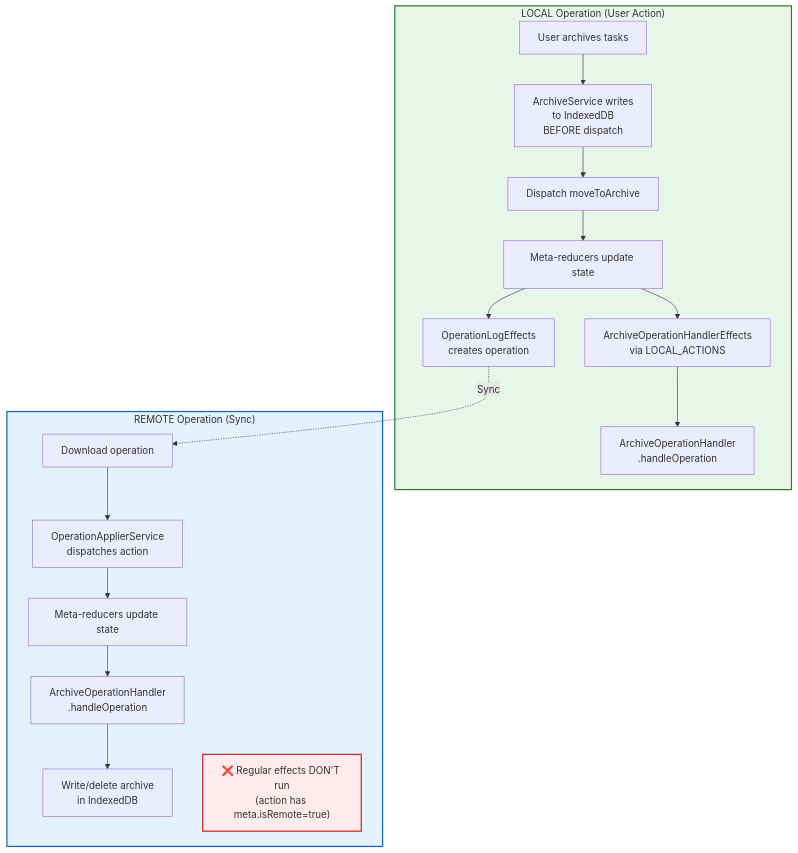
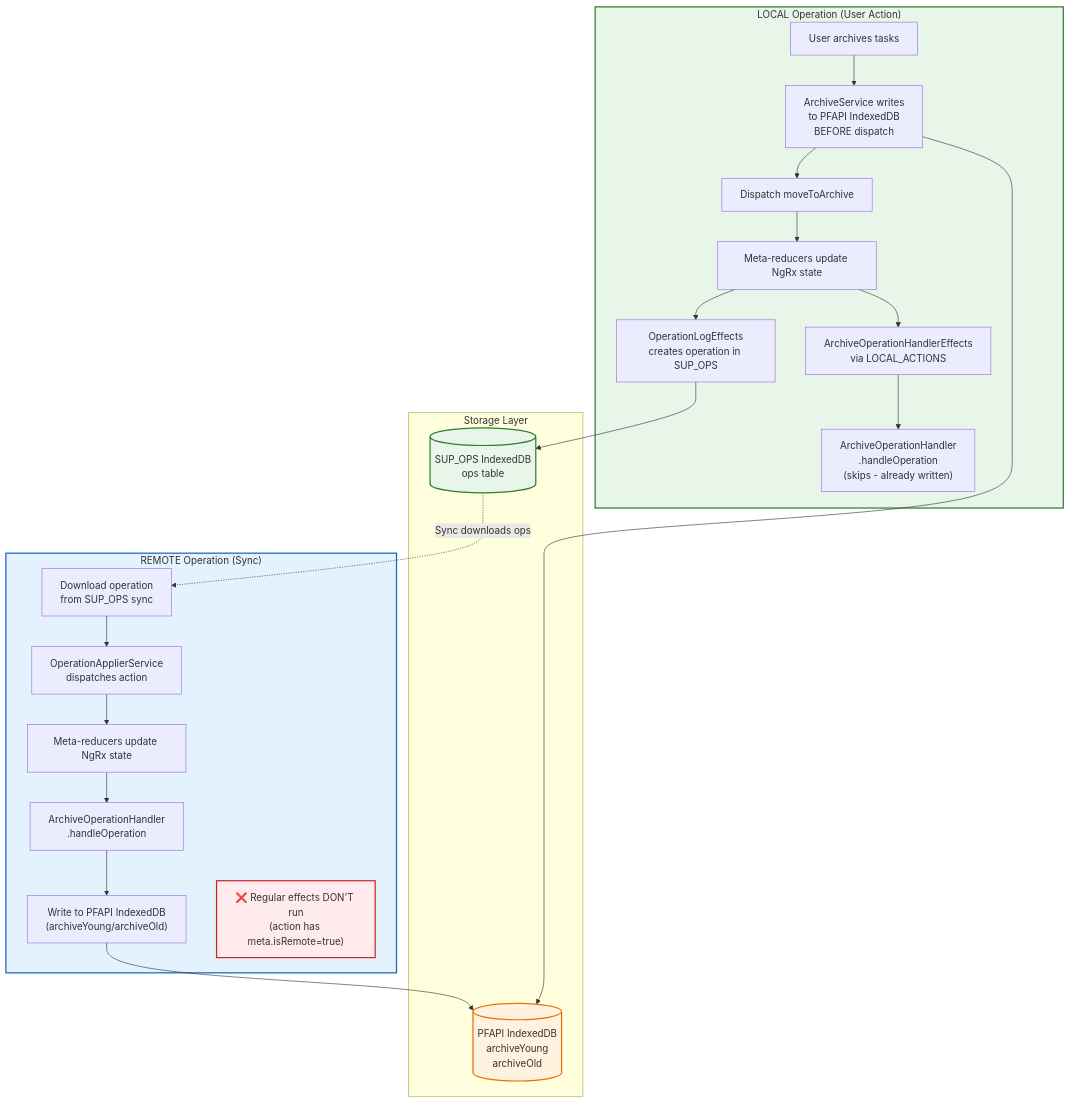
One commit to johannesjo/super-productivity changed diagram 21 of 22 in src/app/core/persistence/operation-log/docs/operation-log-architecture-diagrams.md. Above: the diagram before and after it, drawn with Mermaid. The commit also changed other lines of this file, not shown here.

First line of the commit message:
docs(sync): add dual-database architecture diagram for PFAPI storage

````diff
--- a/src/app/core/persistence/operation-log/docs/operation-log-architecture-diagrams.md
+++ b/src/app/core/persistence/operation-log/docs/operation-log-architecture-diagrams.md
@@ -941,26 +982,36 @@
 ```mermaid
 flowchart TD
     subgraph LocalOp["LOCAL Operation (User Action)"]
-        L1[User archives tasks] --> L2[ArchiveService writes<br/>to IndexedDB<br/>BEFORE dispatch]
+        L1[User archives tasks] --> L2["ArchiveService writes<br/>to PFAPI IndexedDB<br/>BEFORE dispatch"]
         L2 --> L3[Dispatch moveToArchive]
-        L3 --> L4[Meta-reducers update state]
+        L3 --> L4[Meta-reducers update NgRx state]
         L4 --> L5[ArchiveOperationHandlerEffects<br/>via LOCAL_ACTIONS]
-        L5 --> L6[ArchiveOperationHandler<br/>.handleOperation]
-        L4 --> L7[OperationLogEffects<br/>creates operation]
+        L5 --> L6["ArchiveOperationHandler<br/>.handleOperation<br/>(skips - already written)"]
+        L4 --> L7[OperationLogEffects<br/>creates operation in SUP_OPS]
     end
 
     subgraph RemoteOp["REMOTE Operation (Sync)"]
-        R1[Download operation] --> R2[OperationApplierService<br/>dispatches action]
-        R2 --> R3[Meta-reducers update state]
-        R3 --> R4[ArchiveOperationHandler<br/>.handleOperation]
-        R4 --> R5[Write/delete archive<br/>in IndexedDB]
+        R1[Download operation<br/>from SUP_OPS sync] --> R2[OperationApplierService<br/>dispatches action]
+        R2 --> R3[Meta-reducers update NgRx state]
+        R3 --> R4["ArchiveOperationHandler<br/>.handleOperation"]
+        R4 --> R5["Write to PFAPI IndexedDB<br/>(archiveYoung/archiveOld)"]
 
         NoEffect["❌ Regular effects DON'T run<br/>(action has meta.isRemote=true)"]
     end
 
-    L7 -.->|"Sync"| R1
+    subgraph Storage["Storage Layer"]
+        PFAPI_DB[("PFAPI IndexedDB<br/>archiveYoung<br/>archiveOld")]
+        SUPOPS_DB[("SUP_OPS IndexedDB<br/>ops table")]
+    end
+
+    L2 --> PFAPI_DB
+    L7 --> SUPOPS_DB
+    R5 --> PFAPI_DB
+    SUPOPS_DB -.->|"Sync downloads ops"| R1
 
     style LocalOp fill:#e8f5e9,stroke:#2e7d32,stroke-width:2px
     style RemoteOp fill:#e3f2fd,stroke:#1565c0,stroke-width:2px
     style NoEffect fill:#ffebee,stroke:#c62828,stroke-width:2px
+    style PFAPI_DB fill:#fff3e0,stroke:#ef6c00,stroke-width:2px
+    style SUPOPS_DB fill:#e8f5e9,stroke:#2e7d32,stroke-width:2px
 ```
````
